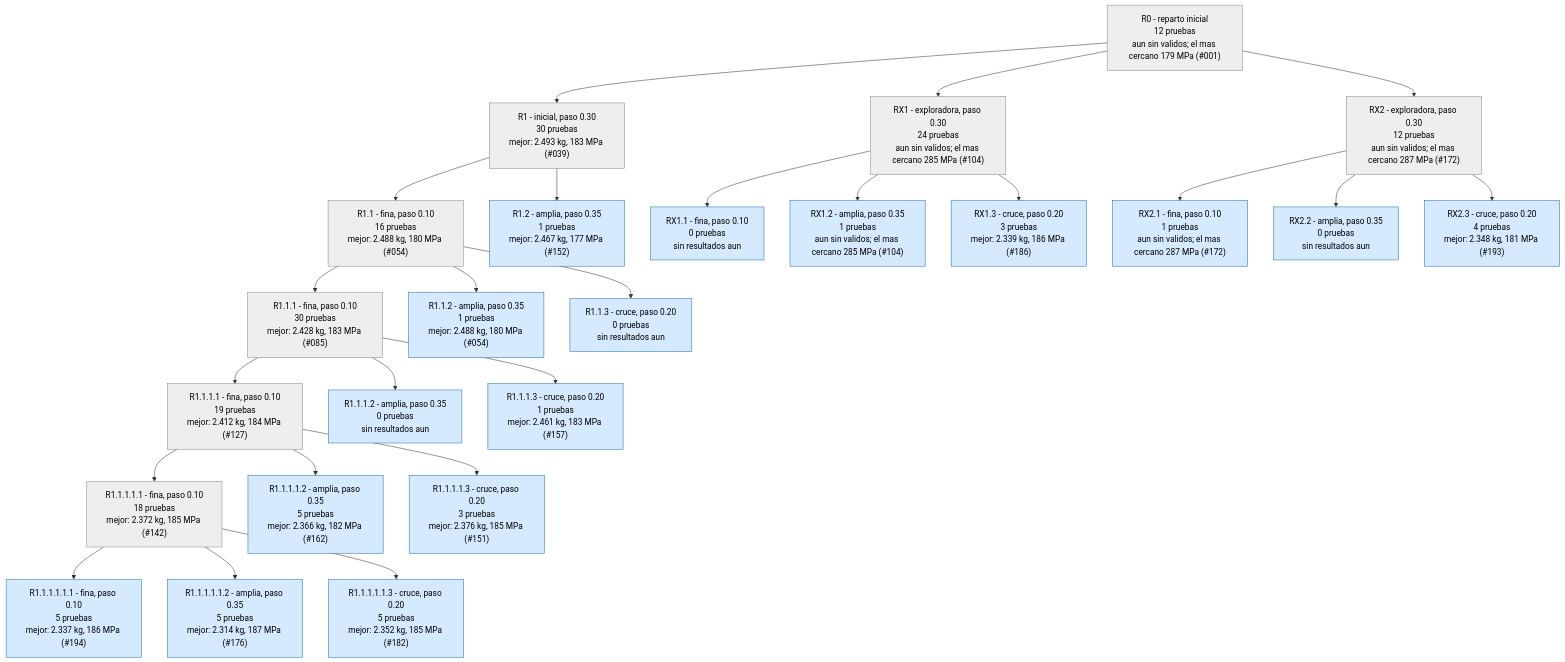
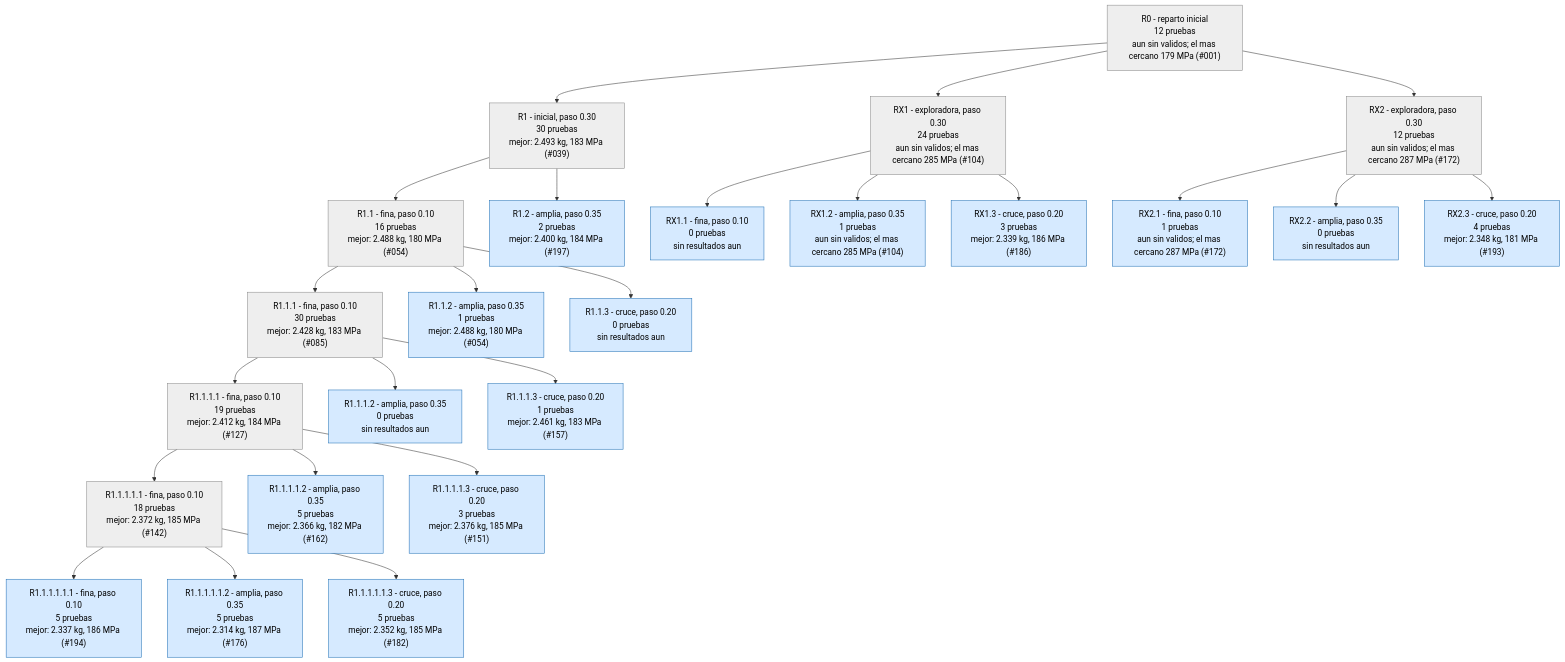
The second of 4 diagrams in runs/opt_37800N/ARBOL.md (Hugiko/msd-soporte-optimizacion), drawn with Mermaid before and after one commit. The commit also changed 22 other files, not shown here.

````diff
--- a/runs/opt_37800N/ARBOL.md
+++ b/runs/opt_37800N/ARBOL.md
@@ -45,53 +45,53 @@
 ```mermaid
 graph TD
 classDef activa fill:#d6eaff,stroke:#1f6fb5,color:#000
 classDef fin fill:#eeeeee,stroke:#888,color:#000
 classDef mejor fill:#c8f0c0,stroke:#1a9850,stroke-width:4px,color:#000
 R0["R0 - reparto inicial<br/>12 pruebas<br/>aun sin validos; el mas cercano 179 MPa (#001)"]:::fin
 R1["R1 - inicial, paso 0.30<br/>30 pruebas<br/>mejor: 2.493 kg, 183 MPa (#039)"]:::fin
 R0 --> R1
 R1_1["R1.1 - fina, paso 0.10<br/>16 pruebas<br/>mejor: 2.488 kg, 180 MPa (#054)"]:::fin
 R1 --> R1_1
-R1_2["R1.2 - amplia, paso 0.35<br/>1 pruebas<br/>mejor: 2.467 kg, 177 MPa (#152)"]:::activa
+R1_2["R1.2 - amplia, paso 0.35<br/>2 pruebas<br/>mejor: 2.400 kg, 184 MPa (#197)"]:::activa
 R1 --> R1_2
 R1_1_1["R1.1.1 - fina, paso 0.10<br/>30 pruebas<br/>mejor: 2.428 kg, 183 MPa (#085)"]:::fin
 R1_1 --> R1_1_1
 R1_1_2["R1.1.2 - amplia, paso 0.35<br/>1 pruebas<br/>mejor: 2.488 kg, 180 MPa (#054)"]:::activa
 R1_1 --> R1_1_2
 R1_1_3["R1.1.3 - cruce, paso 0.20<br/>0 pruebas<br/>sin resultados aun"]:::activa
 R1_1 --> R1_1_3
 R1_1_1_1["R1.1.1.1 - fina, paso 0.10<br/>19 pruebas<br/>mejor: 2.412 kg, 184 MPa (#127)"]:::fin
 R1_1_1 --> R1_1_1_1
 R1_1_1_2["R1.1.1.2 - amplia, paso 0.35<br/>0 pruebas<br/>sin resultados aun"]:::activa
 R1_1_1 --> R1_1_1_2
 R1_1_1_3["R1.1.1.3 - cruce, paso 0.20<br/>1 pruebas<br/>mejor: 2.461 kg, 183 MPa (#157)"]:::activa
 R1_1_1 --> R1_1_1_3
 RX1["RX1 - exploradora, paso 0.30<br/>24 pruebas<br/>aun sin validos; el mas cercano 285 MPa (#104)"]:::fin
 R0 --> RX1
 RX1_1["RX1.1 - fina, paso 0.10<br/>0 pruebas<br/>sin resultados aun"]:::activa
 RX1 --> RX1_1
 RX1_2["RX1.2 - amplia, paso 0.35<br/>1 pruebas<br/>aun sin validos; el mas cercano 285 MPa (#104)"]:::activa
 RX1 --> RX1_2
 RX1_3["RX1.3 - cruce, paso 0.20<br/>3 pruebas<br/>mejor: 2.339 kg, 186 MPa (#186)"]:::activa
 RX1 --> RX1_3
 R1_1_1_1_1["R1.1.1.1.1 - fina, paso 0.10<br/>18 pruebas<br/>mejor: 2.372 kg, 185 MPa (#142)"]:::fin
 R1_1_1_1 --> R1_1_1_1_1
 R1_1_1_1_2["R1.1.1.1.2 - amplia, paso 0.35<br/>5 pruebas<br/>mejor: 2.366 kg, 182 MPa (#162)"]:::activa
 R1_1_1_1 --> R1_1_1_1_2
 R1_1_1_1_3["R1.1.1.1.3 - cruce, paso 0.20<br/>3 pruebas<br/>mejor: 2.376 kg, 185 MPa (#151)"]:::activa
 R1_1_1_1 --> R1_1_1_1_3
 R1_1_1_1_1_1["R1.1.1.1.1.1 - fina, paso 0.10<br/>5 pruebas<br/>mejor: 2.337 kg, 186 MPa (#194)"]:::activa
 R1_1_1_1_1 --> R1_1_1_1_1_1
 R1_1_1_1_1_2["R1.1.1.1.1.2 - amplia, paso 0.35<br/>5 pruebas<br/>mejor: 2.314 kg, 187 MPa (#176)"]:::activa
 R1_1_1_1_1 --> R1_1_1_1_1_2
 R1_1_1_1_1_3["R1.1.1.1.1.3 - cruce, paso 0.20<br/>5 pruebas<br/>mejor: 2.352 kg, 185 MPa (#182)"]:::activa
 R1_1_1_1_1 --> R1_1_1_1_1_3
 RX2["RX2 - exploradora, paso 0.30<br/>12 pruebas<br/>aun sin validos; el mas cercano 287 MPa (#172)"]:::fin
 R0 --> RX2
 RX2_1["RX2.1 - fina, paso 0.10<br/>1 pruebas<br/>aun sin validos; el mas cercano 287 MPa (#172)"]:::activa
 RX2 --> RX2_1
 RX2_2["RX2.2 - amplia, paso 0.35<br/>0 pruebas<br/>sin resultados aun"]:::activa
 RX2 --> RX2_2
 RX2_3["RX2.3 - cruce, paso 0.20<br/>4 pruebas<br/>mejor: 2.348 kg, 181 MPa (#193)"]:::activa
 RX2 --> RX2_3
 ```
````
